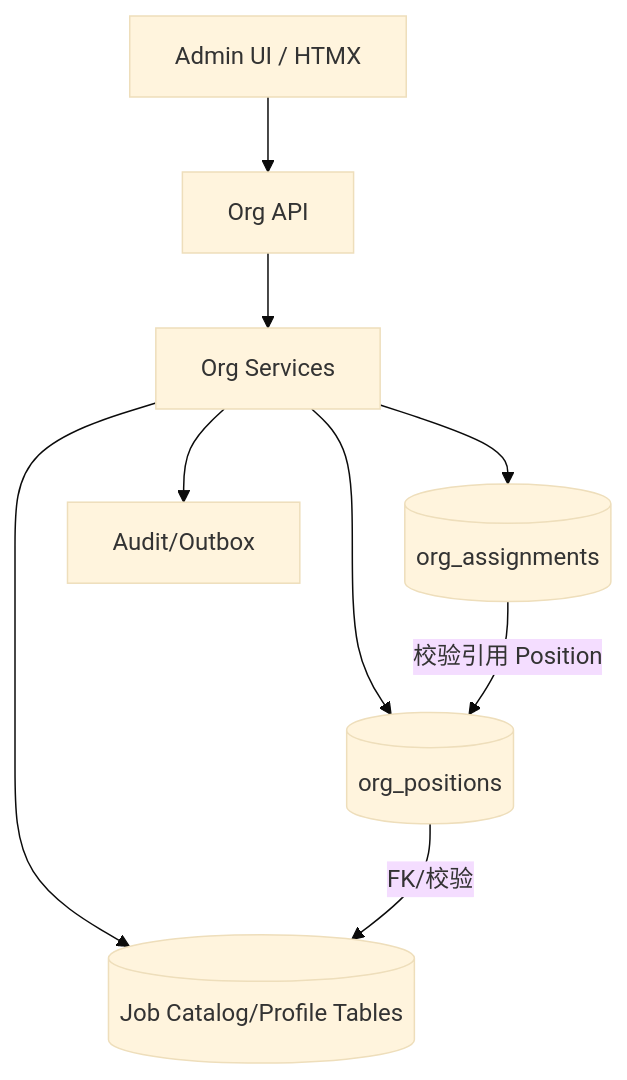
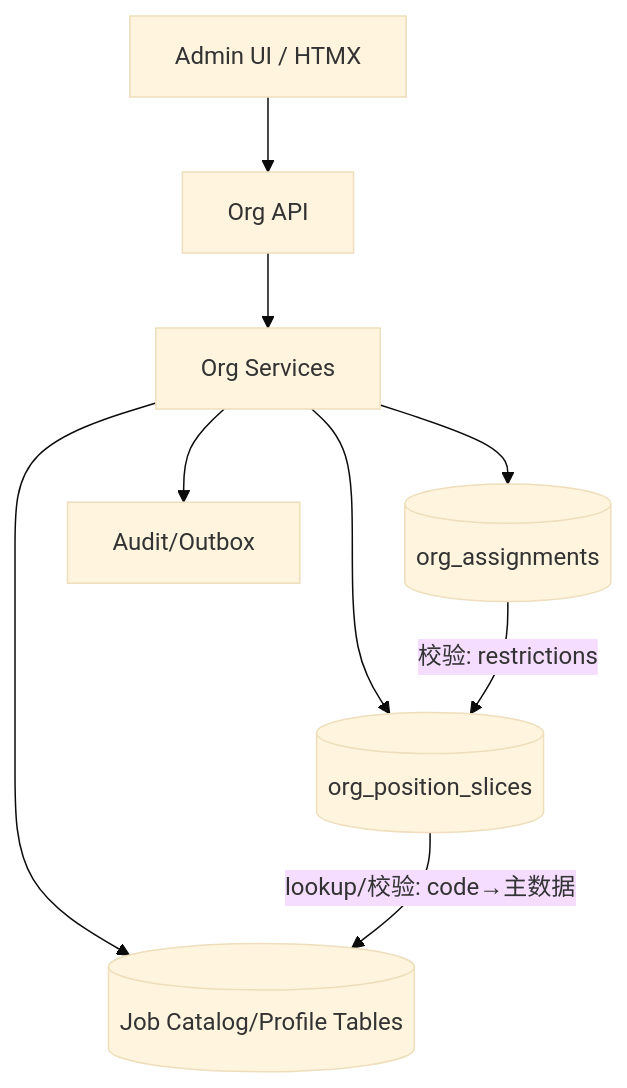
The diagram in docs/dev-plans/056-job-catalog-profile-and-position-restrictions.md (jacksonlee411/Bugs-Blossoms), drawn with Mermaid (base theme) before and after one commit. The commit also changed other lines of this file and 3 other files, not shown here.

````diff
--- a/docs/dev-plans/056-job-catalog-profile-and-position-restrictions.md
+++ b/docs/dev-plans/056-job-catalog-profile-and-position-restrictions.md
@@ -74,11 +76,11 @@
 ```mermaid
 flowchart TD
   UI[Admin UI / HTMX] --> API[Org API]
   API --> SVC[Org Services]
   SVC --> MD[(Job Catalog/Profile Tables)]
-  SVC --> POS[(org_positions)]
+  SVC --> POS[(org_position_slices)]
   SVC --> ASN[(org_assignments)]
   SVC --> AUD[Audit/Outbox]
-  POS -->|FK/校验| MD
-  ASN -->|校验引用 Position| POS
+  POS -->|lookup/校验: code→主数据| MD
+  ASN -->|校验: restrictions| POS
 ```
````
